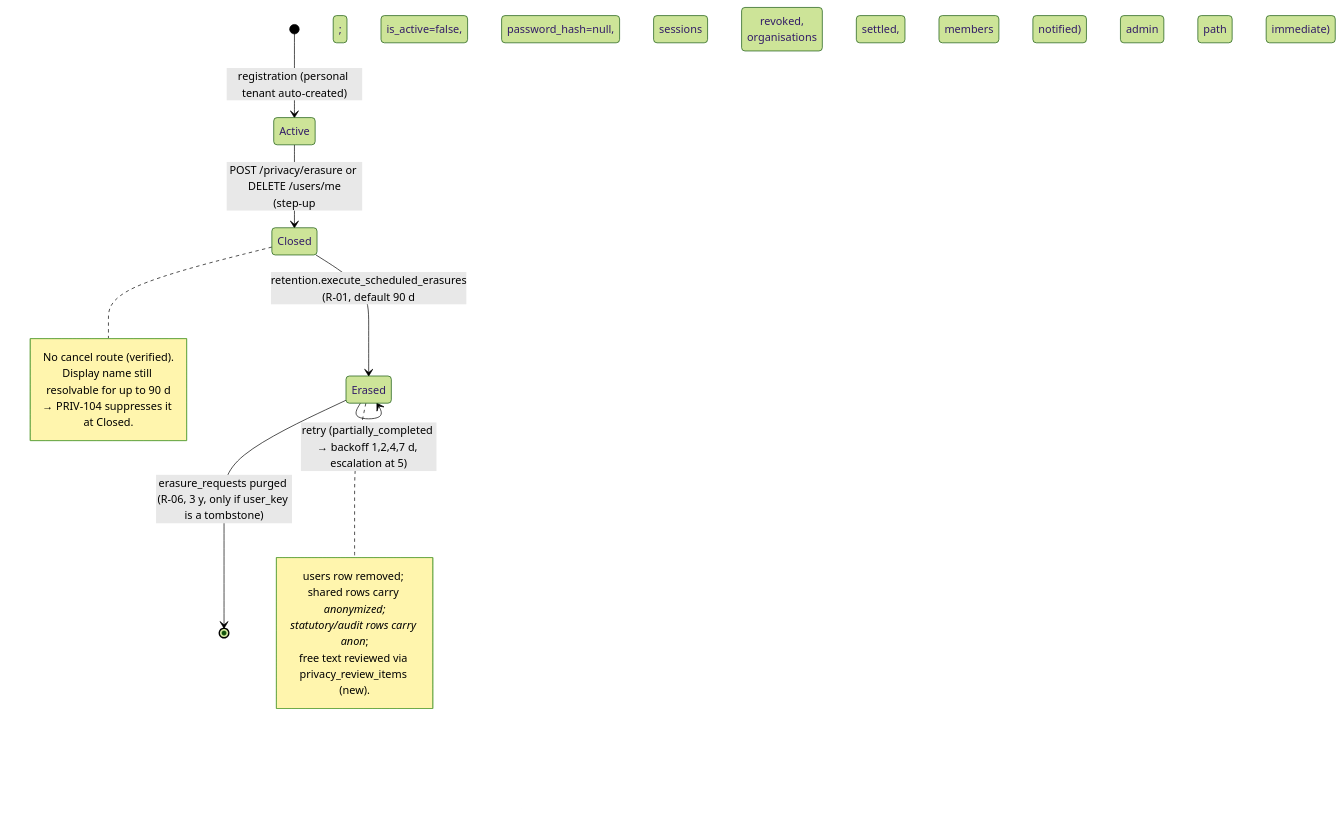
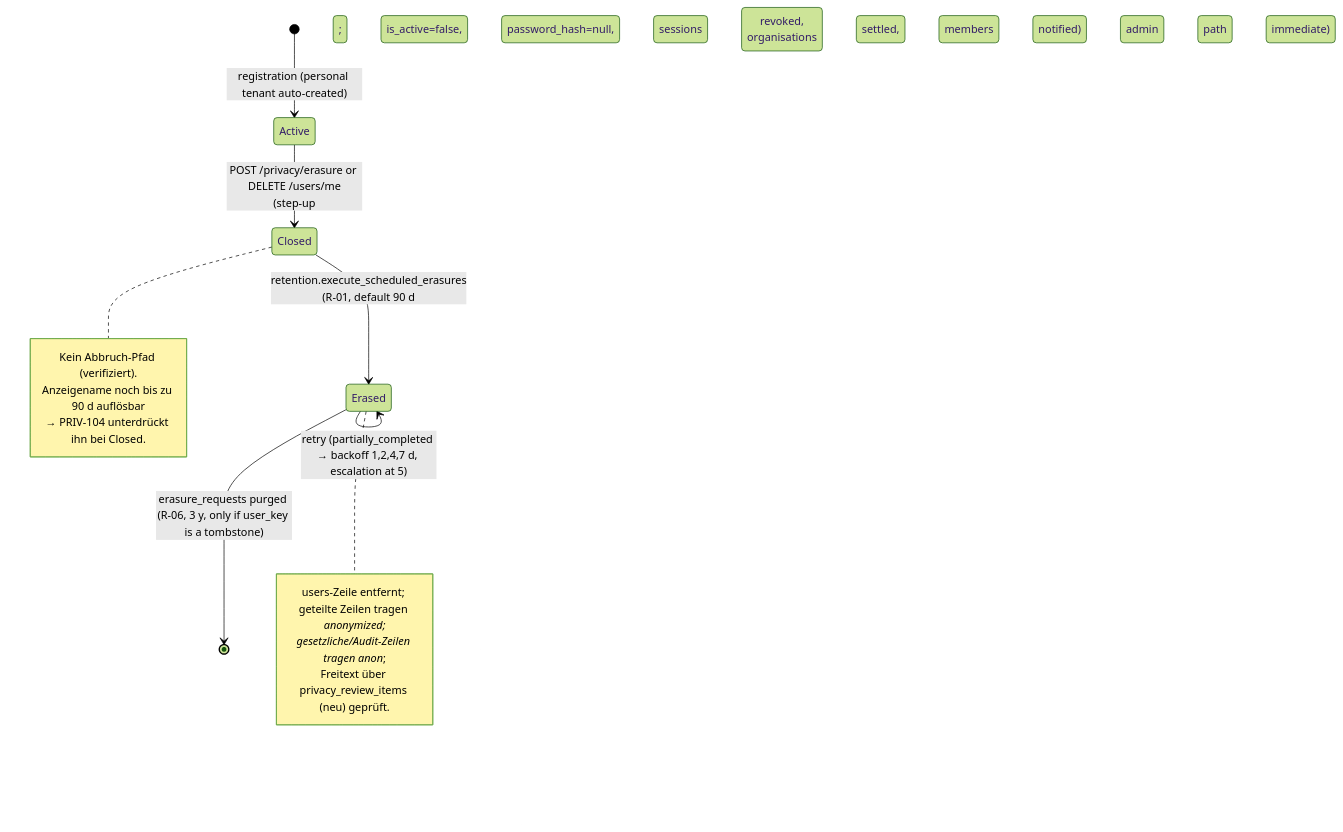
One commit to nolte/kamerplanter changed the second of 6 diagrams in spec/privacy/01-privacy-architecture.md. Above: the diagram before and after it, drawn with Mermaid (forest theme). The commit also changed other lines of this file and 13 other files, not shown here.

````diff
--- a/spec/privacy/01-privacy-architecture.md
+++ b/spec/privacy/01-privacy-architecture.md
@@ -271,19 +286,19 @@
 ```mermaid
 stateDiagram-v2
     [*] --> Active: registration (personal tenant auto-created)
     Active --> Closed: POST /privacy/erasure or DELETE /users/me<br/>(step-up; is_active=false, password_hash=null, sessions revoked,<br/>organisations settled, members notified)
     Closed --> Erased: retention.execute_scheduled_erasures<br/>(R-01, default 90 d; admin path immediate)
     Erased --> Erased: retry (partially_completed → backoff 1,2,4,7 d, escalation at 5)
     Erased --> [*]: erasure_requests purged (R-06, 3 y, only if user_key is a tombstone)
 
     note right of Closed
-      No cancel route (verified).
-      Display name still resolvable for up to 90 d
-      → PRIV-104 suppresses it at Closed.
+      Kein Abbruch-Pfad (verifiziert).
+      Anzeigename noch bis zu 90 d auflösbar
+      → PRIV-104 unterdrückt ihn bei Closed.
     end note
     note right of Erased
-      users row removed; shared rows carry _anonymized;
-      statutory/audit rows carry anon_<hash>;
-      free text reviewed via privacy_review_items (new).
+      users-Zeile entfernt; geteilte Zeilen tragen _anonymized;
+      gesetzliche/Audit-Zeilen tragen anon_<hash>;
+      Freitext über privacy_review_items (neu) geprüft.
     end note
 ```
````
